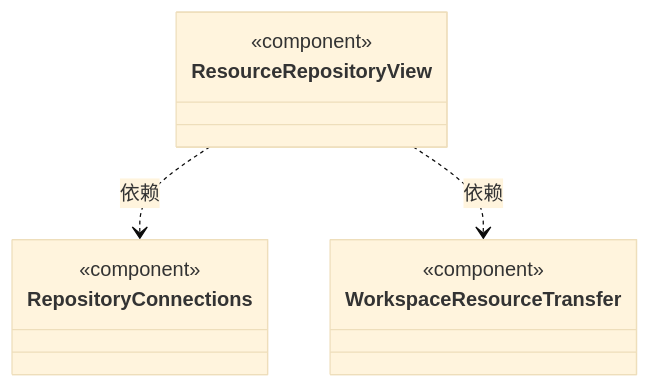
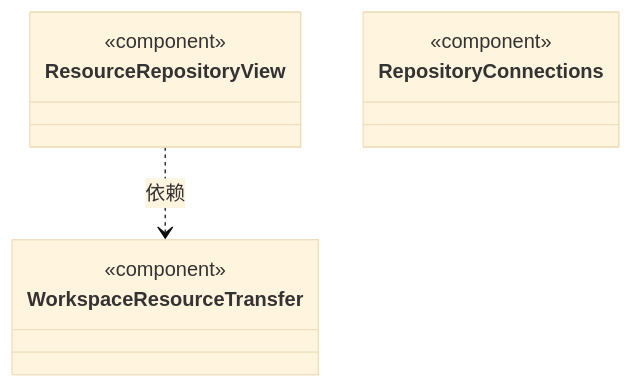
The diagram in src/view/resources/ARCHITECTURE.md (nan023062/cbim), drawn with Mermaid (base theme) before and after one commit. The commit also changed 480 other files, not shown here.

````diff
--- a/src/view/resources/ARCHITECTURE.md
+++ b/src/view/resources/ARCHITECTURE.md
@@ -23,17 +23,16 @@
 ```mermaid
 classDiagram
 class N_b797aca046dd["ResourceRepositoryView"] {
   <<component>>
 }
 click N_b797aca046dd href "ResourceRepositoryView.tsx"
+class N_2af600758a68["WorkspaceResourceTransfer"] {
+  <<component>>
+}
+click N_2af600758a68 href "WorkspaceResourceTransfer.tsx"
 class N_8c9735b973da["RepositoryConnections"] {
   <<component>>
 }
 click N_8c9735b973da href "RepositoryConnections.tsx"
-class N_2af600758a68["WorkspaceResourceTransfer"] {
-  <<component>>
-}
-click N_2af600758a68 href "WorkspaceResourceTransfer.tsx"
-N_b797aca046dd ..> N_8c9735b973da : 依赖
 N_b797aca046dd ..> N_2af600758a68 : 依赖
 ```
````
